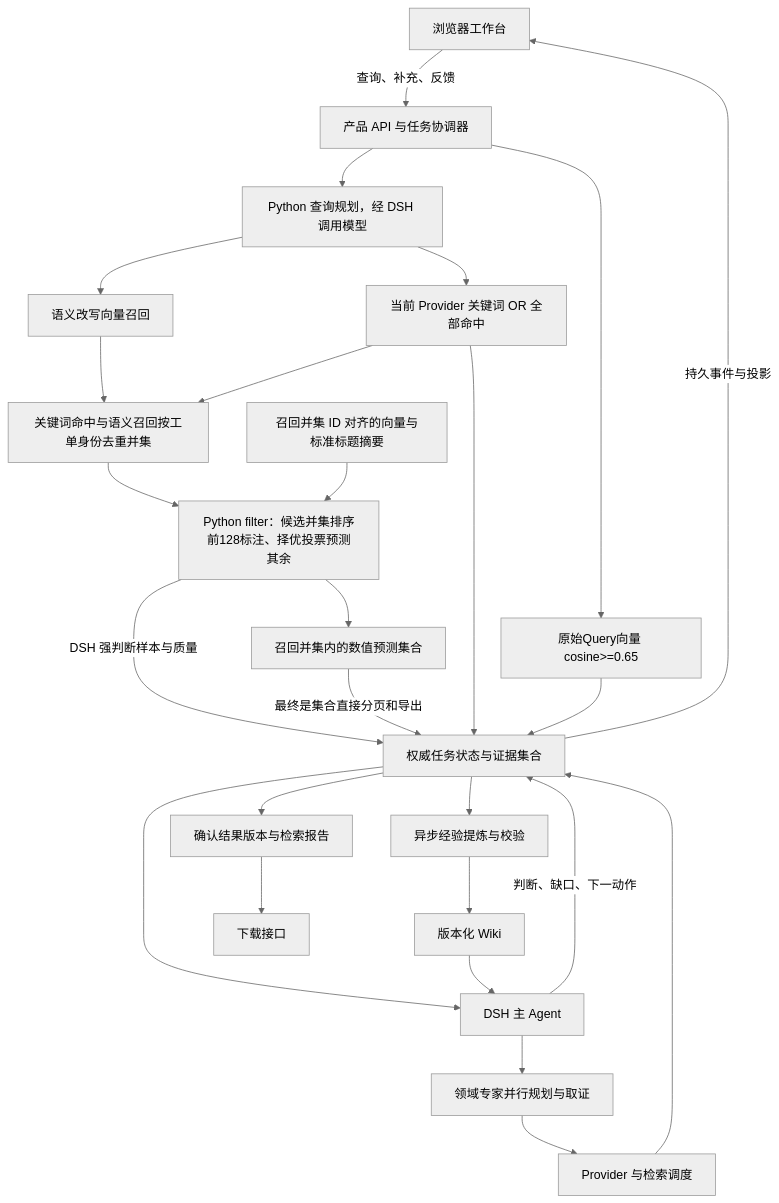
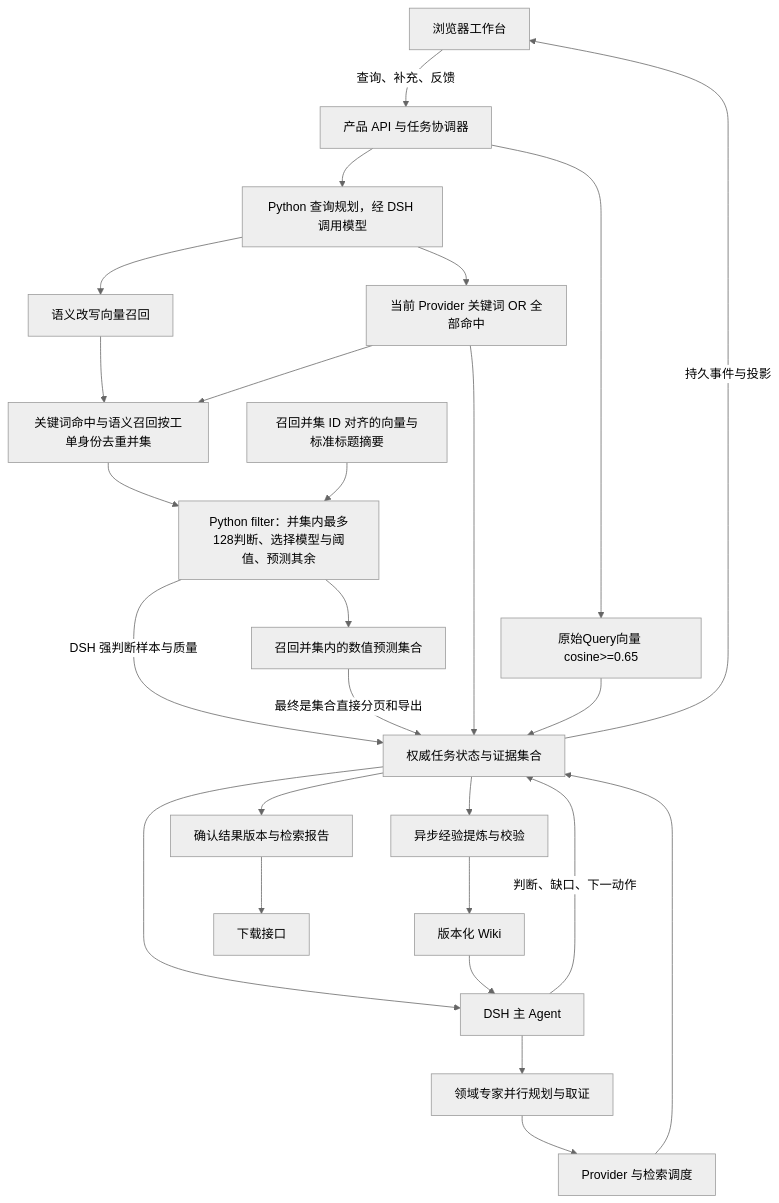
The diagram in docs/ARCHITECTURE.md (Merak-Wang/CaseWeave), drawn with Mermaid (neutral theme) before and after one commit. The commit also changed other lines of this file and 87 other files, not shown here.

````diff
--- a/docs/ARCHITECTURE.md
+++ b/docs/ARCHITECTURE.md
@@ -13,28 +13,28 @@
 ```mermaid
 flowchart TD
   U[浏览器工作台] -->|查询、补充、反馈| API[产品 API 与任务协调器]
   API --> Q[Python 查询规划，经 DSH 调用模型]
   API --> V[原始Query向量 cosine>=0.65]
   Q --> K[当前 Provider 关键词 OR 全部命中]
   Q --> V2[语义改写向量召回]
   V2 --> C[关键词命中与语义召回按工单身份去重并集]
   K --> C
-  C --> O[Python filter：候选并集排序前128标注、择优投票预测其余]
+  C --> O[Python filter：并集内最多128判断、选择模型与阈值、预测其余]
   F[召回并集 ID 对齐的向量与标准标题摘要] --> O
   O -->|DSH 强判断样本与质量| S
   O --> M[召回并集内的数值预测集合]
   M -->|最终是集合直接分页和导出| S
   K --> S[权威任务状态与证据集合]
   V --> S
   S --> A[DSH 主 Agent]
   W[版本化 Wiki] --> A
   A --> E[领域专家并行规划与取证]
   E --> P[Provider 与检索调度]
   P --> S
   A -->|判断、缺口、下一动作| S
   S -->|持久事件与投影| U
   S --> R[确认结果版本与检索报告]
   R --> D[下载接口]
   S --> L[异步经验提炼与校验]
   L --> W
 ```
````
